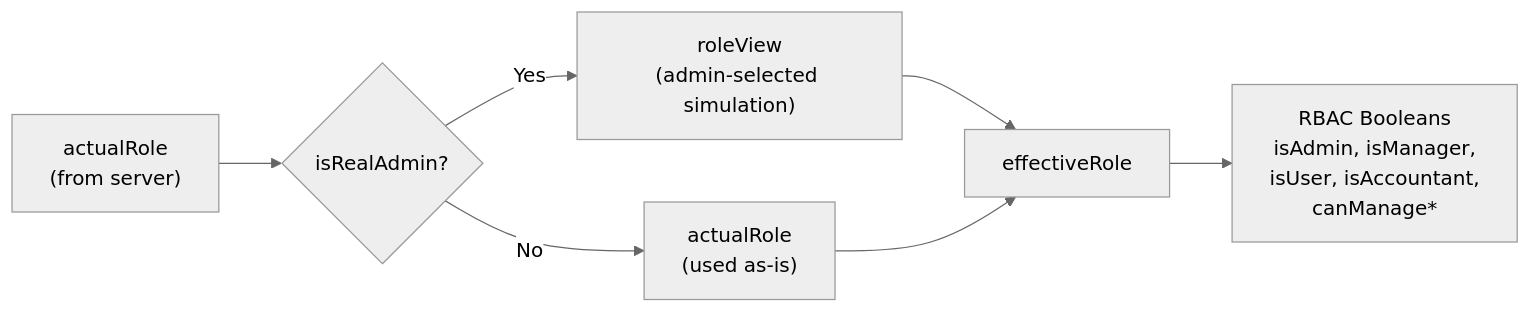
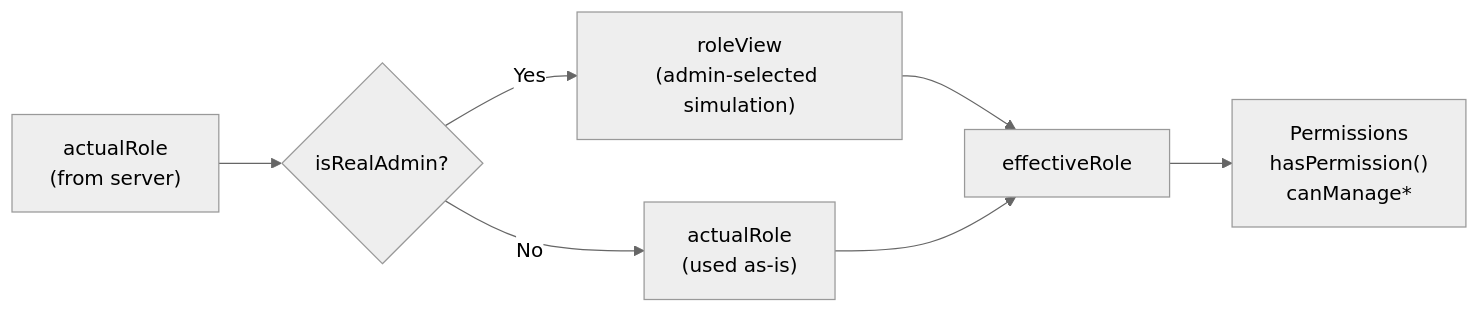
One commit to zigikralj/EGG_admin_client changed the third of 5 diagrams in docs/ARCHITECTURE.md. Above: the diagram before and after it, drawn with Mermaid (neutral theme). The commit also changed 28 other files, not shown here.

````diff
--- a/docs/ARCHITECTURE.md
+++ b/docs/ARCHITECTURE.md
@@ -136,9 +136,9 @@
 ```mermaid
 graph LR
     A["actualRole<br/>(from server)"] --> B{"isRealAdmin?"}
     B -->|Yes| C["roleView<br/>(admin-selected simulation)"]
     B -->|No| D["actualRole<br/>(used as-is)"]
     C --> E["effectiveRole"]
     D --> E
-    E --> F["RBAC Booleans<br/>isAdmin, isManager,<br/>isUser, isAccountant,<br/>canManage*"]
+    E --> F["Permissions<br/>hasPermission()<br/>canManage*"]
 ```
````
